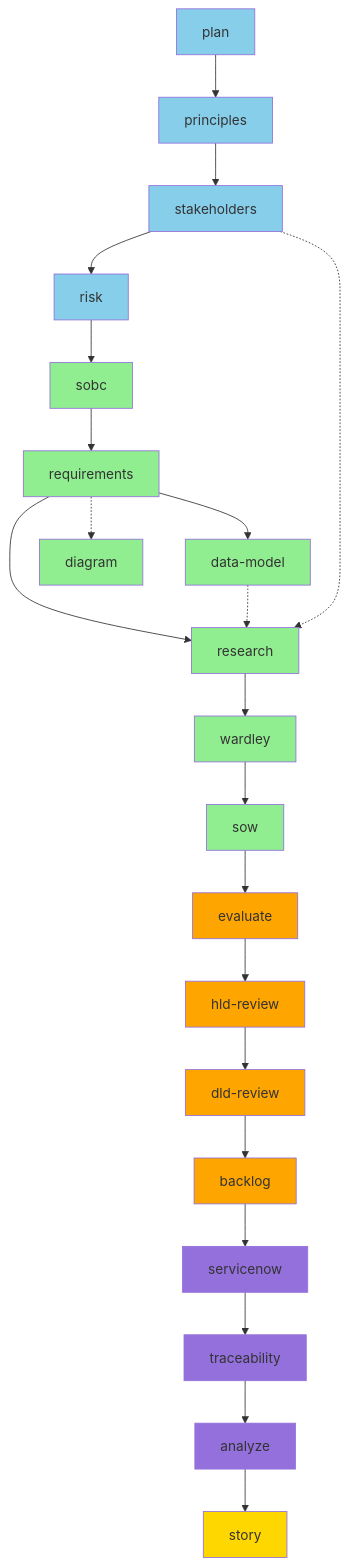
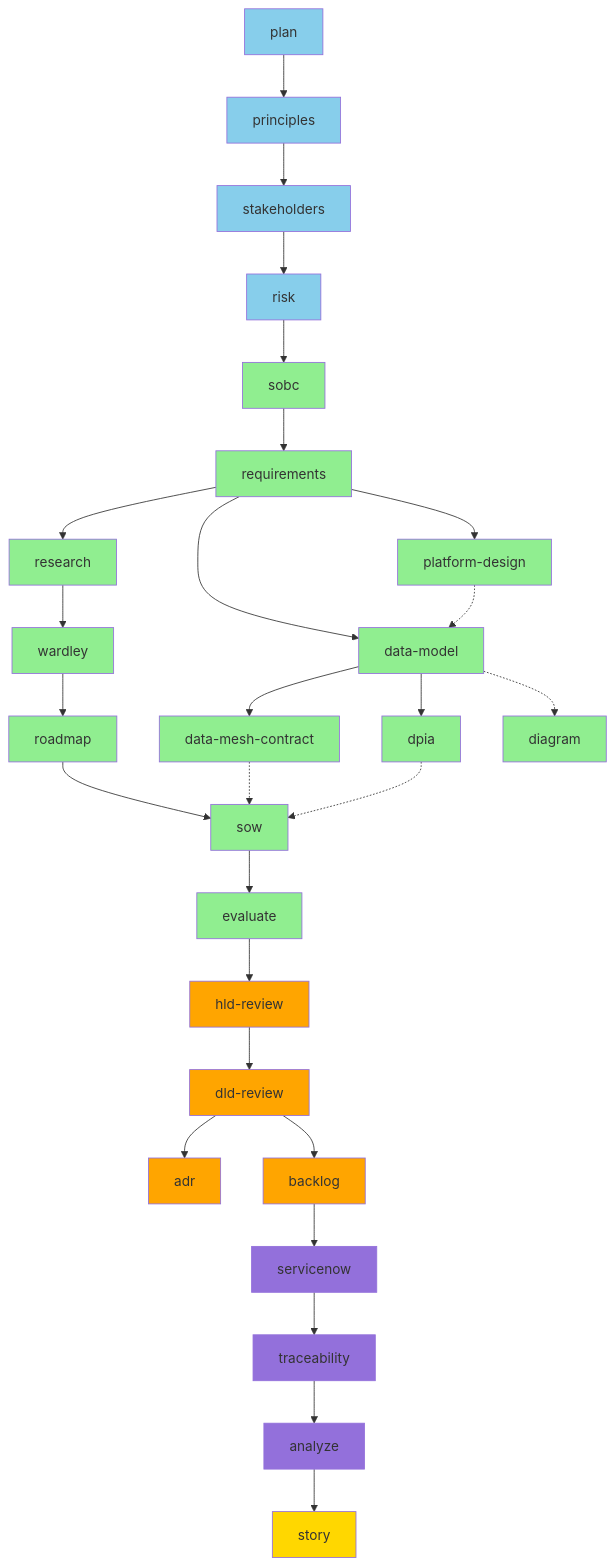
The first of 9 diagrams in WORKFLOW-DIAGRAMS.md (tractorjuice/arc-kit), drawn with Mermaid before and after one commit. The commit also changed other lines of this file, not shown here.

First line of the commit message:
docs: add ADR to workflow diagram after DLD review

````diff
--- a/WORKFLOW-DIAGRAMS.md
+++ b/WORKFLOW-DIAGRAMS.md
@@ -21,60 +21,69 @@
 ```mermaid
 graph TD
     %% Tier 0-1: Foundation
     A[plan] --> B[principles]
     B --> C[stakeholders]
     C --> D[risk]
 
     %% Tier 2-3: Business Case & Requirements
     D --> E[sobc]
     E --> F[requirements]
 
-    %% Tier 4: Detailed Design
-    F --> G[data-model]
-    F --> H[research]
+    %% Tier 4: Strategy & Design
+    F --> G[platform-design]
+    F --> H[data-model]
     G -.-> H
-    C -.-> H
-    H --> I[wardley]
+    H --> I[data-mesh-contract]
+    H --> J[dpia]
+    F --> K[research]
+    K --> L[wardley]
+    L --> M[roadmap]
+    H -.-> N[diagram]
 
     %% Tier 5: Procurement
-    I --> J[sow]
-    J --> K[evaluate]
+    M --> O[sow]
+    I -.-> O
+    J -.-> O
+    O --> P[evaluate]
 
     %% Tier 6: Design Reviews
-    K --> L[hld-review]
-    L --> M[dld-review]
+    P --> Q[hld-review]
+    Q --> R[dld-review]
+    R --> S[adr]
 
     %% Tier 7: Implementation
-    M --> N[backlog]
+    R --> T[backlog]
 
     %% Tier 8-9: Operations & Quality
-    N --> O[servicenow]
-    O --> P[traceability]
-    P --> Q[analyze]
+    T --> U[servicenow]
+    U --> V[traceability]
+    V --> W[analyze]
 
     %% Tier 11: Reporting
-    Q --> S[story]
-
-    %% Optional parallel paths
-    F -.-> R[diagram]
+    W --> X[story]
 
     style A fill:#87CEEB
     style B fill:#87CEEB
     style C fill:#87CEEB
     style D fill:#87CEEB
     style E fill:#90EE90
     style F fill:#90EE90
     style G fill:#90EE90
     style H fill:#90EE90
     style I fill:#90EE90
     style J fill:#90EE90
-    style K fill:#FFA500
-    style L fill:#FFA500
-    style M fill:#FFA500
-    style N fill:#FFA500
-    style O fill:#9370DB
-    style P fill:#9370DB
-    style Q fill:#9370DB
-    style R fill:#90EE90
-    style S fill:#FFD700
+    style K fill:#90EE90
+    style L fill:#90EE90
+    style M fill:#90EE90
+    style N fill:#90EE90
+    style O fill:#90EE90
+    style P fill:#90EE90
+    style Q fill:#FFA500
+    style R fill:#FFA500
+    style S fill:#FFA500
+    style T fill:#FFA500
+    style U fill:#9370DB
+    style V fill:#9370DB
+    style W fill:#9370DB
+    style X fill:#FFD700
 ```
````
